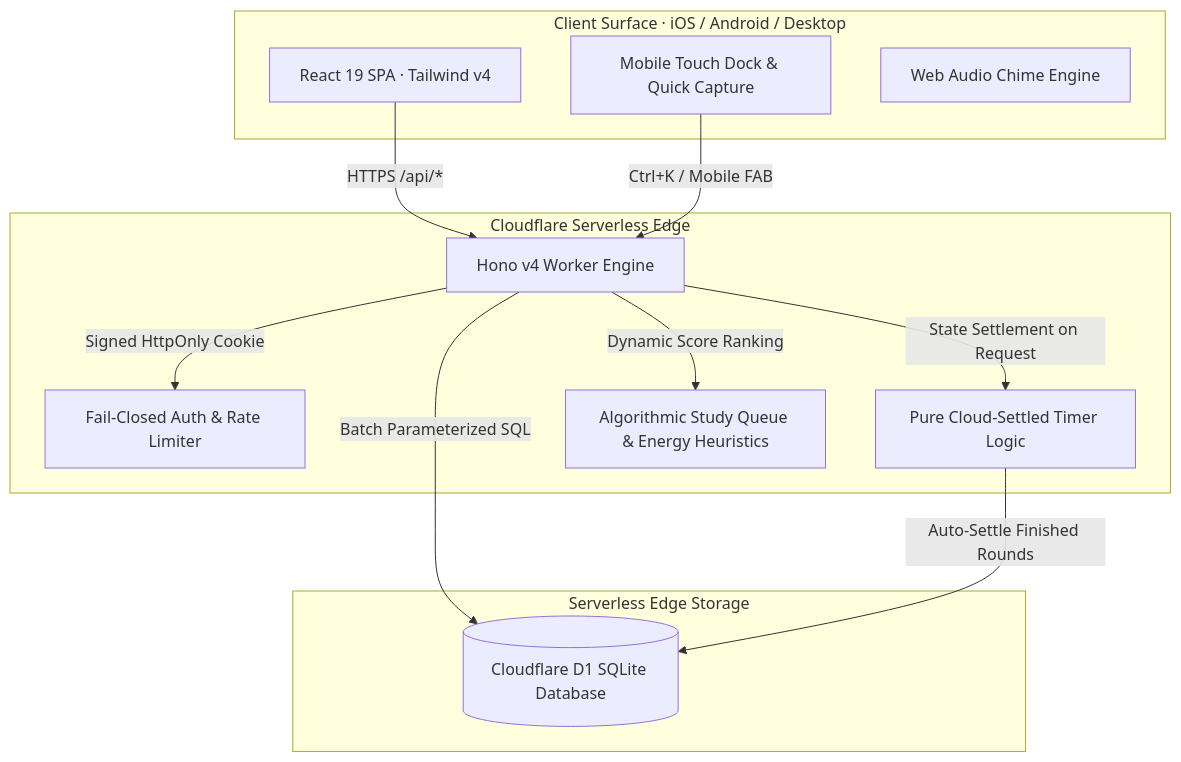
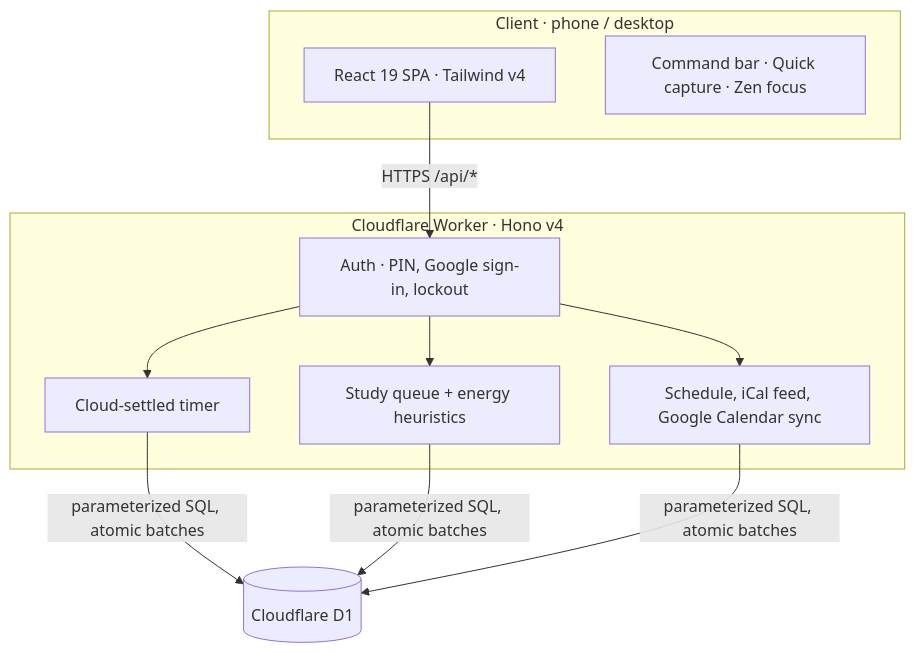
The diagram in README.md (w1tneess/command-deck), drawn with Mermaid before and after one commit. The commit also changed other lines of this file, not shown here.

````diff
--- a/README.md
+++ b/README.md
@@ -19,27 +18,20 @@
 ```mermaid
 graph TD
-    subgraph Client [Client Surface · iOS / Android / Desktop]
+    subgraph Client [Client · phone / desktop]
         UI[React 19 SPA · Tailwind v4]
-        Dock[Mobile Touch Dock & Quick Capture]
-        Audio[Web Audio Chime Engine]
+        Cmd[Command bar · Quick capture · Zen focus]
     end
 
-    subgraph Edge [Cloudflare Serverless Edge]
-        Worker[Hono v4 Worker Engine]
-        Auth[Fail-Closed Auth & Rate Limiter]
-        Timer[Pure Cloud-Settled Timer Logic]
-        Planner[Algorithmic Study Queue & Energy Heuristics]
+    subgraph Edge [Cloudflare Worker · Hono v4]
+        Auth[Auth · PIN, Google sign-in, lockout]
+        Timer[Cloud-settled timer]
+        Planner[Study queue + energy heuristics]
+        Cal[Schedule, iCal feed, Google Calendar sync]
     end
 
-    subgraph Storage [Serverless Edge Storage]
-        D1[(Cloudflare D1 SQLite Database)]
-    end
+    D1[(Cloudflare D1)]
 
-    UI -->|HTTPS /api/*| Worker
-    Dock -->|Ctrl+K / Mobile FAB| Worker
-    Worker -->|Signed HttpOnly Cookie| Auth
-    Worker -->|State Settlement on Request| Timer
-    Worker -->|Dynamic Score Ranking| Planner
-    Worker -->|Batch Parameterized SQL| D1
-    Timer -->|Auto-Settle Finished Rounds| D1
+    UI -->|HTTPS /api/*| Auth
+    Auth --> Timer & Planner & Cal
+    Timer & Planner & Cal -->|parameterized SQL, atomic batches| D1
 ```
````
